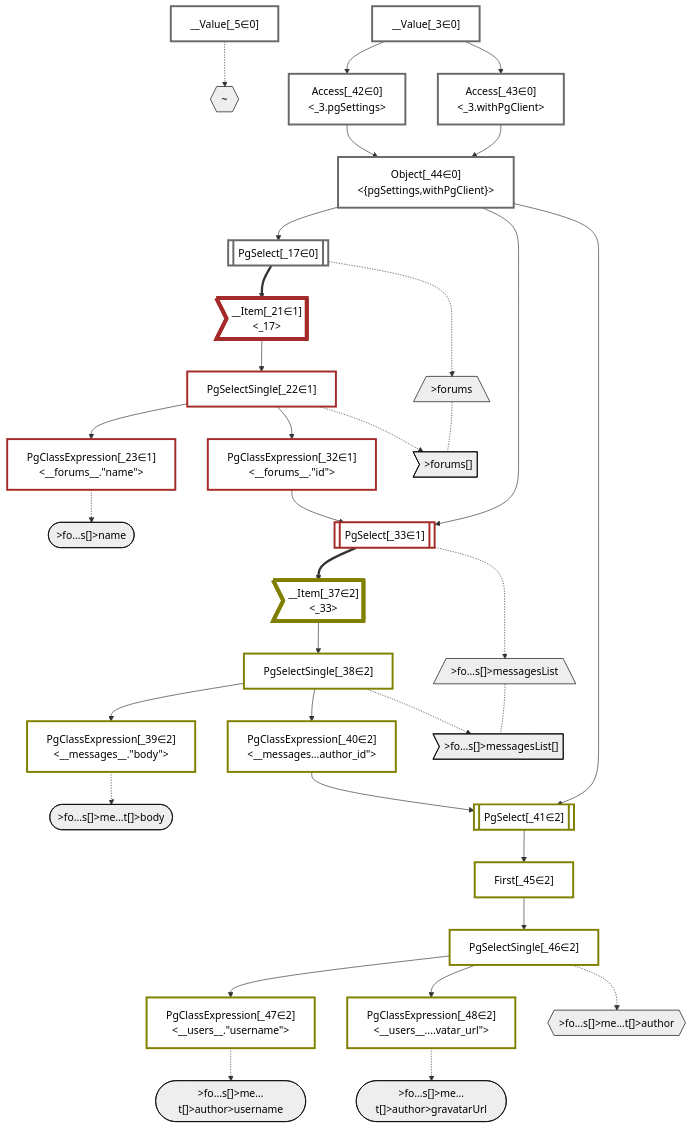
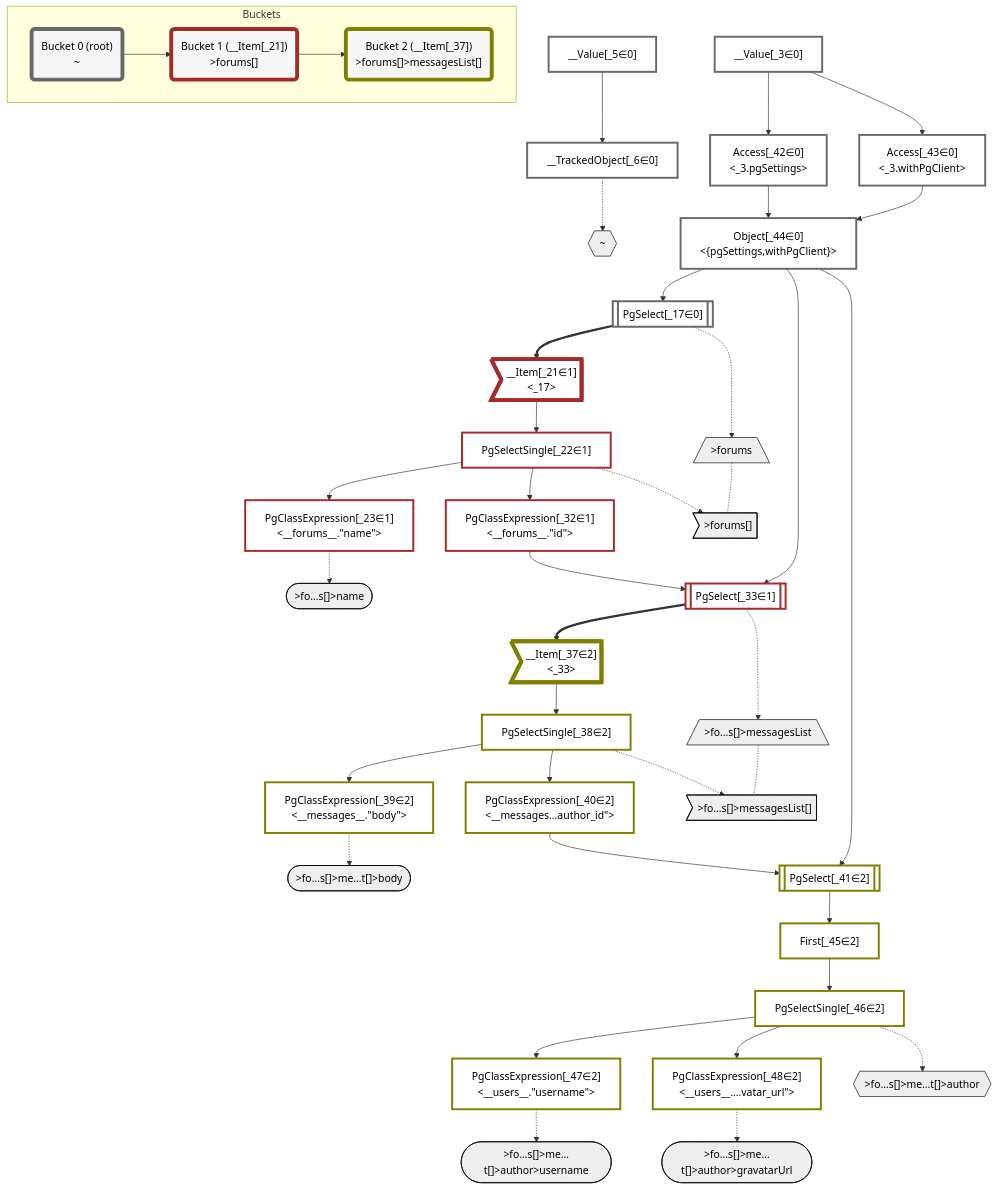
The diagram in packages/dataplan-pg/__tests__/queries/conditions/include-all-archived.deopt.mermaid.md (graphile/crystal), drawn with Mermaid before and after one commit. The commit also changed 195 other files, not shown here.

````diff
--- a/packages/dataplan-pg/__tests__/queries/conditions/include-all-archived.deopt.mermaid.md
+++ b/packages/dataplan-pg/__tests__/queries/conditions/include-all-archived.deopt.mermaid.md
@@ -4,6 +4,7 @@
     classDef plan fill:#fff,stroke-width:3px,color:#000
     classDef itemplan fill:#fff,stroke-width:6px,color:#000
     classDef sideeffectplan fill:#f00,stroke-width:6px,color:#000
+    classDef bucket fill:#f6f6f6,color:#000,stroke-width:6px
 
     %% subgraph fields
     P1{{"~"}}:::path
@@ -30,6 +31,7 @@
     %% define plans
     __Value_3["__Value[_3∈0]<br /><context>"]:::plan
     __Value_5["__Value[_5∈0]<br /><rootValue>"]:::plan
+    __TrackedObject_6["__TrackedObject[_6∈0]"]:::plan
     PgSelect_17[["PgSelect[_17∈0]<br /><forums>"]]:::plan
     __Item_21>"__Item[_21∈1]<br /><_17>"]:::itemplan
     PgSelectSingle_22["PgSelectSingle[_22∈1]<br /><forums>"]:::plan
@@ -50,6 +52,7 @@
     PgClassExpression_48["PgClassExpression[_48∈2]<br /><__users__....vatar_url#quot;>"]:::plan
 
     %% plan dependencies
+    __Value_5 --> __TrackedObject_6
     Object_44 --> PgSelect_17
     PgSelect_17 ==> __Item_21
     __Item_21 --> PgSelectSingle_22
@@ -73,7 +76,7 @@
     PgSelectSingle_46 --> PgClassExpression_48
 
     %% plan-to-path relationships
-    __Value_5 -.-> P1
+    __TrackedObject_6 -.-> P1
     PgSelect_17 -.-> P2
     PgSelectSingle_22 -.-> P3
     PgClassExpression_23 -.-> P4
@@ -86,9 +89,20 @@
 
     %% allocate buckets
     classDef bucket0 stroke:#696969
-    class __Value_3,__Value_5,PgSelect_17,Access_42,Access_43,Object_44 bucket0
+    class __Value_3,__Value_5,__TrackedObject_6,PgSelect_17,Access_42,Access_43,Object_44 bucket0
     classDef bucket1 stroke:#a52a2a
     class __Item_21,PgSelectSingle_22,PgClassExpression_23,PgClassExpression_32,PgSelect_33 bucket1
     classDef bucket2 stroke:#808000
     class __Item_37,PgSelectSingle_38,PgClassExpression_39,PgClassExpression_40,PgSelect_41,First_45,PgSelectSingle_46,PgClassExpression_47,PgClassExpression_48 bucket2
+
+    subgraph Buckets
+    Bucket0("Bucket 0 (root)<br />~"):::bucket
+    style Bucket0 stroke:#696969
+    Bucket1("Bucket 1 (__Item[_21])<br />>forums[]"):::bucket
+    style Bucket1 stroke:#a52a2a
+    Bucket0 --> Bucket1
+    Bucket2("Bucket 2 (__Item[_37])<br />>forums[]>messagesList[]"):::bucket
+    style Bucket2 stroke:#808000
+    Bucket1 --> Bucket2
+    end
 ```
````
